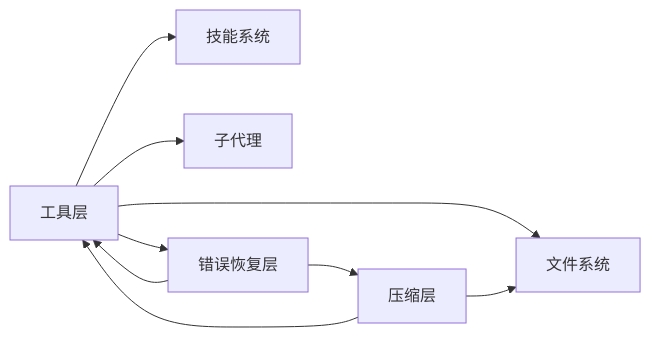
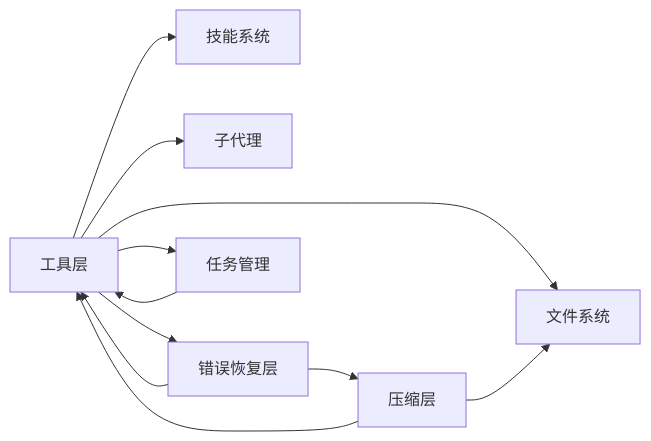
Before and after one commit to eurekaYYzero/Mini-Claude-Code: diagram 12 of 12 in .qoder/repowiki/zh/content/核心功能详解/核心功能详解.md, drawn with Mermaid. The commit also changed other lines of this file and 5 other files, not shown here.

````diff
--- a/.qoder/repowiki/zh/content/核心功能详解/核心功能详解.md
+++ b/.qoder/repowiki/zh/content/核心功能详解/核心功能详解.md
@@ -476,11 +520,13 @@
 ```mermaid
 graph LR
 Tools["工具层"] --> FS["文件系统"]
 Tools --> Skills["技能系统"]
 Tools --> SubAgent["子代理"]
 Tools --> Recovery["错误恢复层"]
+Tools --> Task["任务管理"]
 Memory["压缩层"] --> Tools
 Memory --> FS
 Recovery --> Tools
 Recovery --> Memory
+Task --> Tools
 ```
````
